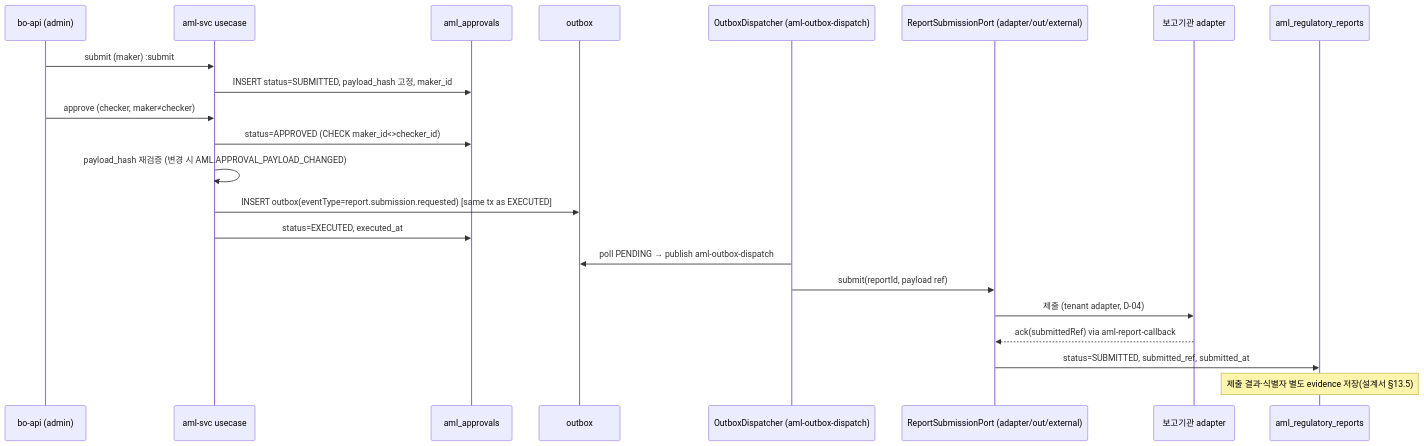
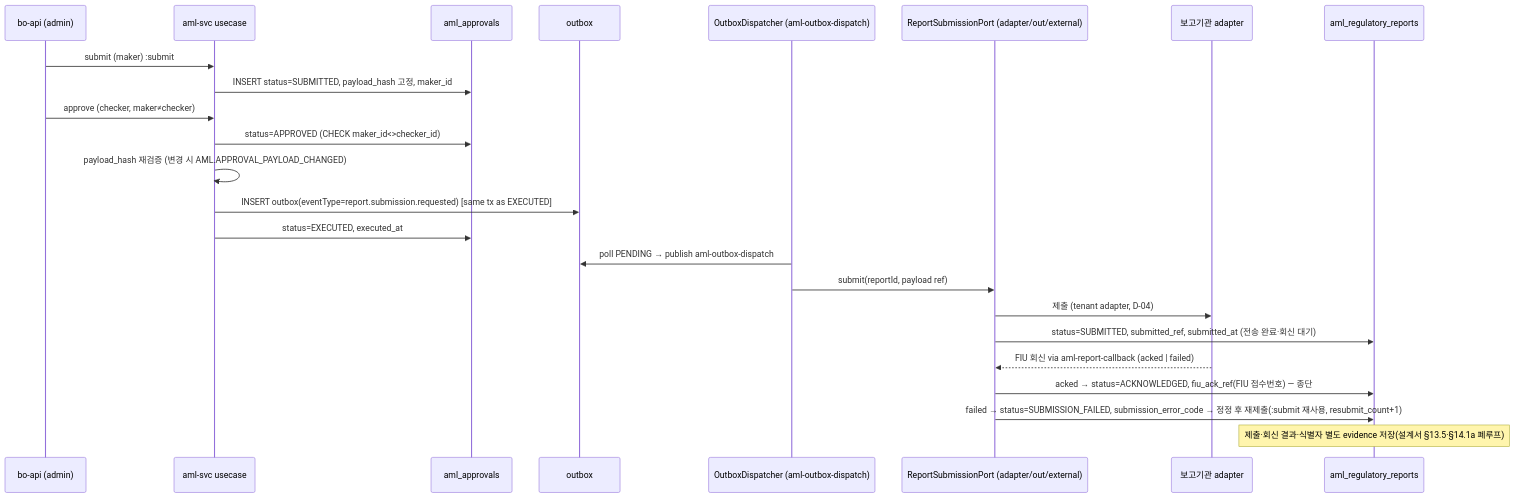
One commit to smkim89/aml-system-docs changed the fifth of 9 diagrams in docs/design/integration/02-aml-integration.md. Above: the diagram before and after it, drawn with Mermaid. The commit also changed other lines of this file and 187 other files, not shown here.

````diff
--- a/docs/design/integration/02-aml-integration.md
+++ b/docs/design/integration/02-aml-integration.md
@@ -338,24 +340,26 @@
 ```mermaid
 sequenceDiagram
     participant BO as bo-api (admin)
     participant APP as aml-svc usecase
     participant APR as aml_approvals
     participant OB as outbox
     participant DSP as OutboxDispatcher (aml-outbox-dispatch)
     participant SUB as ReportSubmissionPort (adapter/out/external)
     participant EXT as 보고기관 adapter
     participant RPT as aml_regulatory_reports
     BO->>APP: submit (maker) :submit
     APP->>APR: INSERT status=SUBMITTED, payload_hash 고정, maker_id
     BO->>APP: approve (checker, maker≠checker)
     APP->>APR: status=APPROVED (CHECK maker_id<>checker_id)
     APP->>APP: payload_hash 재검증 (변경 시 AML.APPROVAL_PAYLOAD_CHANGED)
     APP->>OB: INSERT outbox(eventType=report.submission.requested) [same tx as EXECUTED]
     APP->>APR: status=EXECUTED, executed_at
     DSP->>OB: poll PENDING → publish aml-outbox-dispatch
     DSP->>SUB: submit(reportId, payload ref)
     SUB->>EXT: 제출 (tenant adapter, D-04)
-    EXT-->>SUB: ack(submittedRef) via aml-report-callback
-    SUB->>RPT: status=SUBMITTED, submitted_ref, submitted_at
-    Note over RPT: 제출 결과·식별자 별도 evidence 저장(설계서 §13.5)
+    SUB->>RPT: status=SUBMITTED, submitted_ref, submitted_at (전송 완료·회신 대기)
+    EXT-->>SUB: FIU 회신 via aml-report-callback (acked | failed)
+    SUB->>RPT: acked → status=ACKNOWLEDGED, fiu_ack_ref(FIU 접수번호) — 종단
+    SUB->>RPT: failed → status=SUBMISSION_FAILED, submission_error_code → 정정 후 재제출(:submit 재사용, resubmit_count+1)
+    Note over RPT: 제출·회신 결과·식별자 별도 evidence 저장(설계서 §13.5·§14.1a 폐루프)
 ```
````
